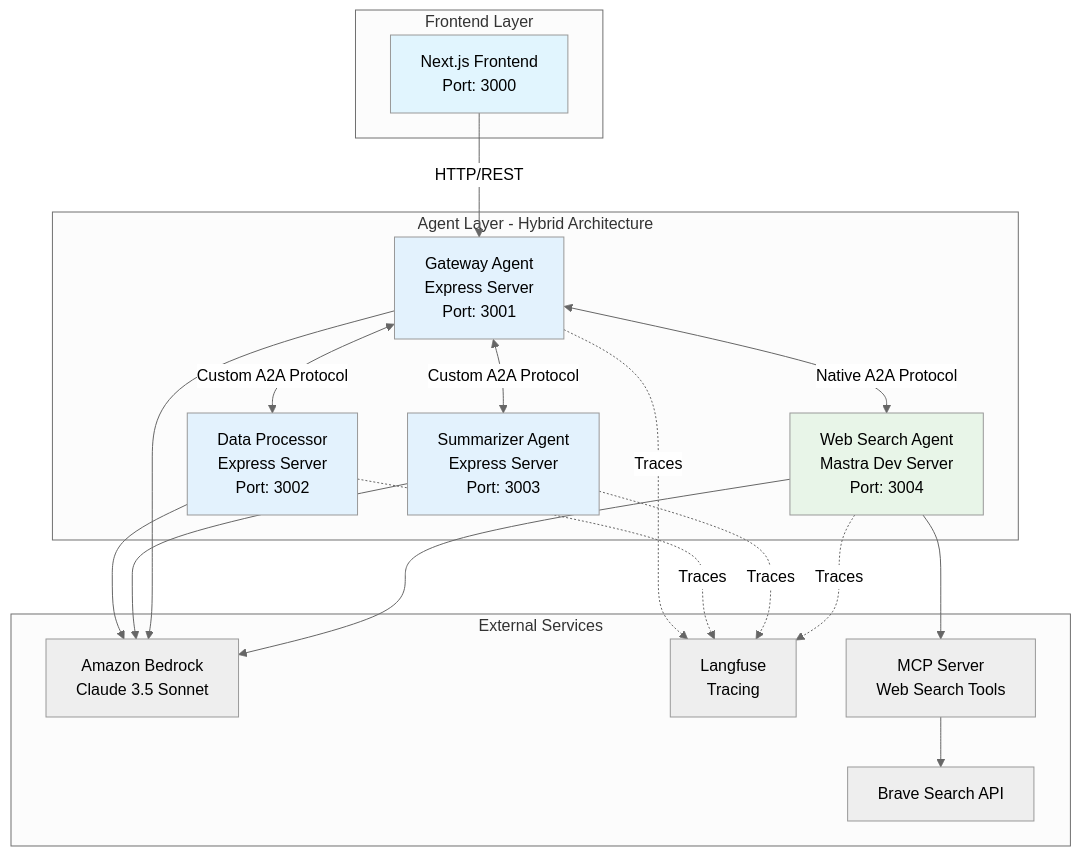
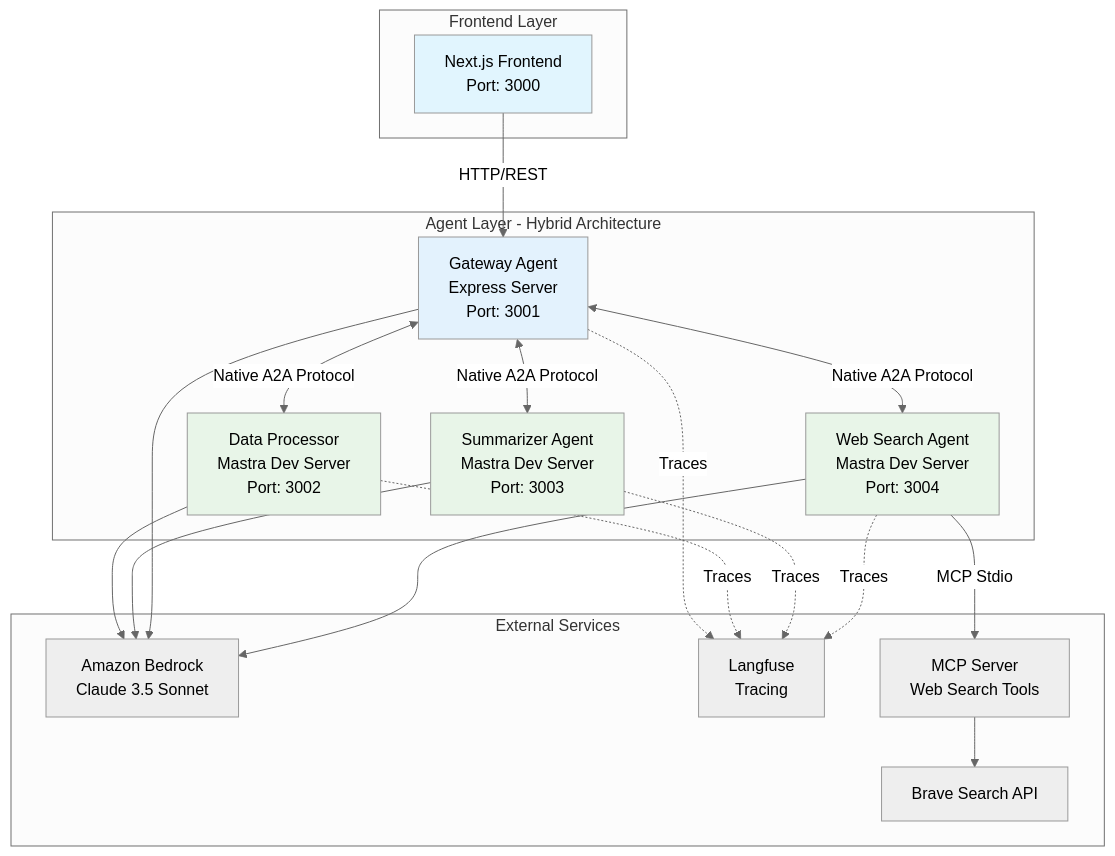
One commit to tubone24/a2a_mastra changed the second of 8 diagrams in README.md. Above: the diagram before and after it, drawn with Mermaid (neutral theme). The commit also changed other lines of this file, not shown here.

````diff
--- a/README.md
+++ b/README.md
@@ -129,43 +122,43 @@
 ```mermaid
 graph TB
-    subgraph "Frontend Layer"
-        UI[Next.js Frontend<br/>Port: 3000]
-    end
-    
-    subgraph "Agent Layer - Hybrid Architecture"
-        GW[Gateway Agent<br/>Express Server<br/>Port: 3001]
-        DP[Data Processor<br/>Express Server<br/>Port: 3002]
-        SM[Summarizer Agent<br/>Express Server<br/>Port: 3003]
-        WS[Web Search Agent<br/>Mastra Dev Server<br/>Port: 3004]
-    end
-    
-    subgraph "External Services"
-        BEDROCK[Amazon Bedrock<br/>Claude 3.5 Sonnet]
-        LANGFUSE[Langfuse<br/>Tracing]
-        BRAVE[Brave Search API]
-        MCP[MCP Server<br/>Web Search Tools]
-    end
-    
-    UI -->|HTTP/REST| GW
-    GW <-->|Custom A2A Protocol| DP
-    GW <-->|Custom A2A Protocol| SM
-    GW <-->|Native A2A Protocol| WS
-    
-    DP --> BEDROCK
-    SM --> BEDROCK
-    GW --> BEDROCK
-    WS --> BEDROCK
-    WS --> MCP
-    MCP --> BRAVE
-    
-    GW -.->|Traces| LANGFUSE
-    DP -.->|Traces| LANGFUSE
-    SM -.->|Traces| LANGFUSE
-    WS -.->|Traces| LANGFUSE
-    
-    style UI fill:#e1f5fe
-    style GW fill:#e3f2fd
-    style DP fill:#e3f2fd
-    style SM fill:#e3f2fd
-    style WS fill:#e8f5e8
+   subgraph "Frontend Layer"
+      UI[Next.js Frontend<br/>Port: 3000]
+   end
+
+   subgraph "Agent Layer - Hybrid Architecture"
+      GW[Gateway Agent<br/>Express Server<br/>Port: 3001]
+      DP[Data Processor<br/>Mastra Dev Server<br/>Port: 3002]
+      SM[Summarizer Agent<br/>Mastra Dev Server<br/>Port: 3003]
+      WS[Web Search Agent<br/>Mastra Dev Server<br/>Port: 3004]
+   end
+
+   subgraph "External Services"
+      BEDROCK[Amazon Bedrock<br/>Claude 3.5 Sonnet]
+      LANGFUSE[Langfuse<br/>Tracing]
+      BRAVE[Brave Search API]
+      MCP[MCP Server<br/>Web Search Tools]
+   end
+
+   UI -->|HTTP/REST| GW
+   GW <-->|Native A2A Protocol| DP
+   GW <-->|Native A2A Protocol| SM
+   GW <-->|Native A2A Protocol| WS
+
+   DP --> BEDROCK
+   SM --> BEDROCK
+   GW --> BEDROCK
+   WS --> BEDROCK
+   WS --> |MCP Stdio| MCP
+   MCP --> BRAVE
+
+   GW -.->|Traces| LANGFUSE
+   DP -.->|Traces| LANGFUSE
+   SM -.->|Traces| LANGFUSE
+   WS -.->|Traces| LANGFUSE
+
+   style UI fill:#e1f5fe
+   style GW fill:#e3f2fd
+   style DP fill:#e8f5e8
+   style SM fill:#e8f5e8
+   style WS fill:#e8f5e8
 ```
````
